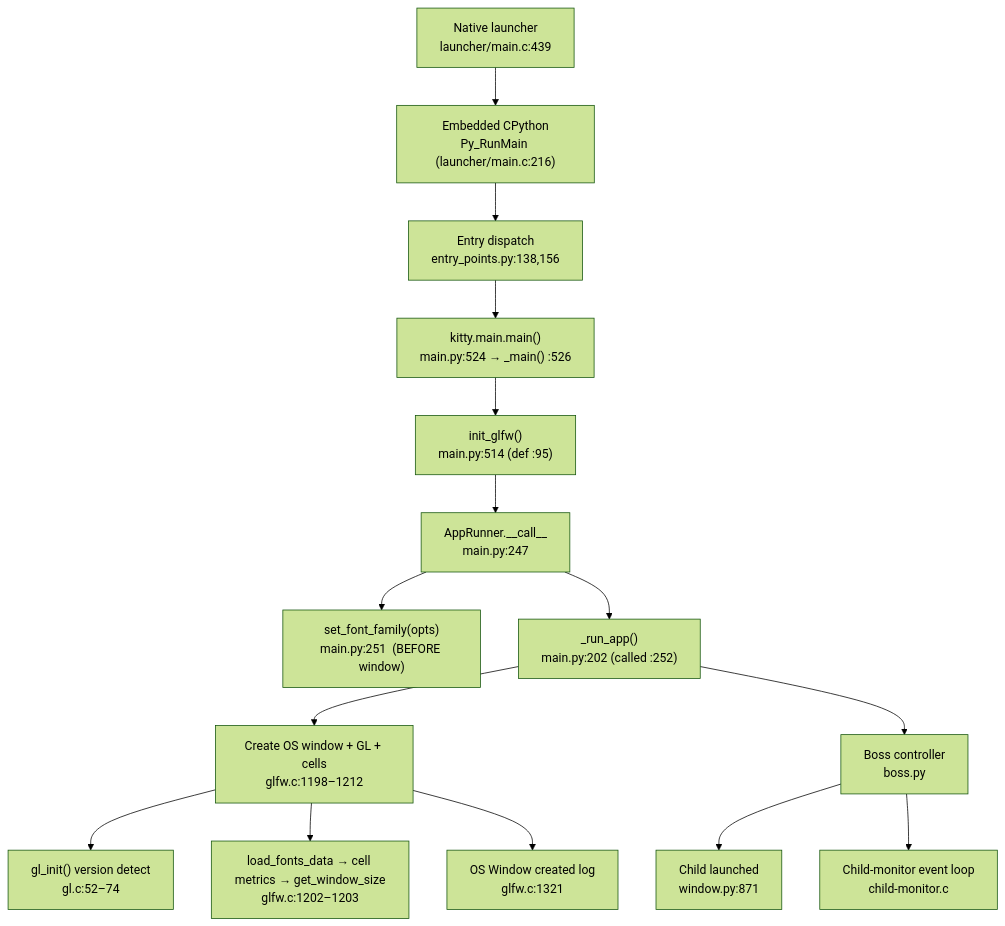
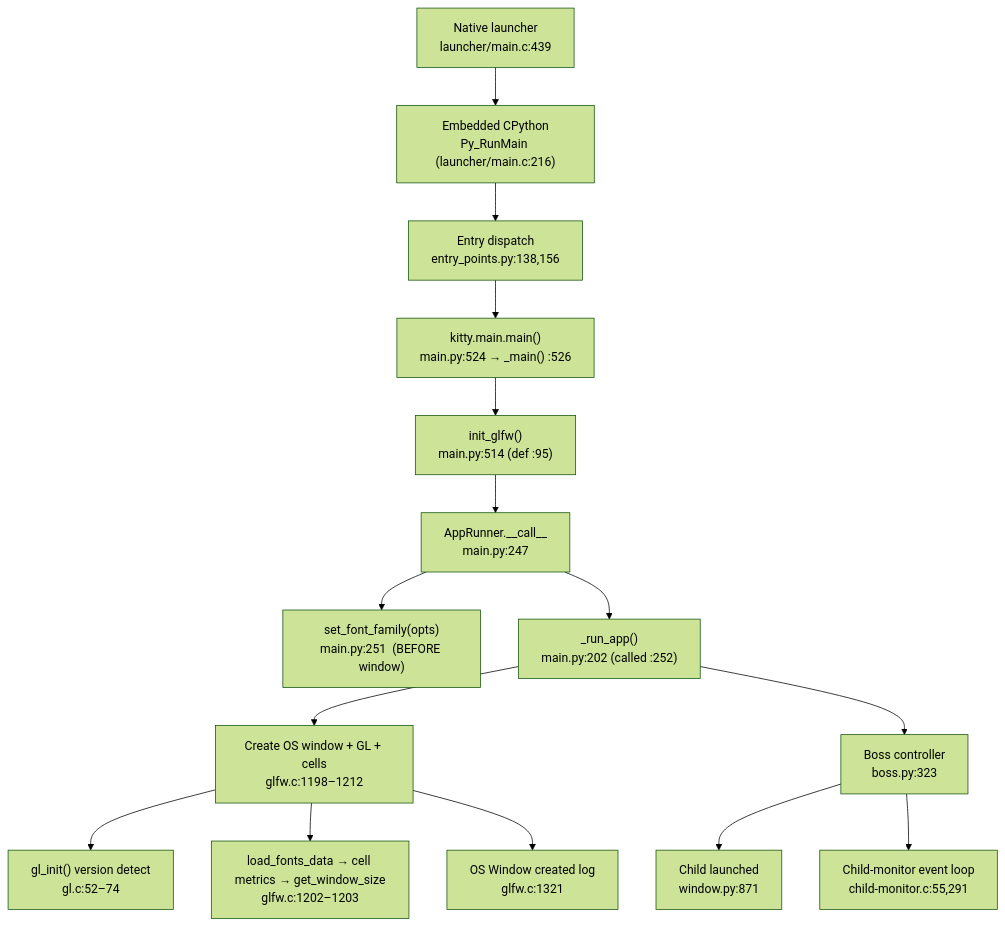
One commit to blitzy-research/kitty changed the diagram in blitzy/documentation/kitty_815df1e210e0.md. Above: the diagram before and after it, drawn with Mermaid (forest theme). The commit also changed other lines of this file, not shown here.

````diff
--- a/blitzy/documentation/kitty_815df1e210e0.md
+++ b/blitzy/documentation/kitty_815df1e210e0.md
@@ -115,17 +131,17 @@
 ```mermaid
 flowchart TD
     L["Native launcher<br/>launcher/main.c:439"] --> PY["Embedded CPython<br/>Py_RunMain (launcher/main.c:216)"]
     PY --> EP["Entry dispatch<br/>entry_points.py:138,156"]
     EP --> M["kitty.main.main()<br/>main.py:524 → _main() :526"]
     M --> GLFW["init_glfw()<br/>main.py:514 (def :95)"]
     GLFW --> AR["AppRunner.__call__<br/>main.py:247"]
     AR --> F["set_font_family(opts)<br/>main.py:251  (BEFORE window)"]
     AR --> RA["_run_app()<br/>main.py:202 (called :252)"]
     RA --> W["Create OS window + GL + cells<br/>glfw.c:1198–1212"]
     W --> GLI["gl_init() version detect<br/>gl.c:52–74"]
     W --> CELL["load_fonts_data → cell metrics → get_window_size<br/>glfw.c:1202–1203"]
     W --> OSW["OS Window created log<br/>glfw.c:1321"]
-    RA --> B["Boss controller<br/>boss.py"]
+    RA --> B["Boss controller<br/>boss.py:323"]
     B --> CH["Child launched<br/>window.py:871"]
-    B --> CM["Child-monitor event loop<br/>child-monitor.c"]
+    B --> CM["Child-monitor event loop<br/>child-monitor.c:55,291"]
 ```
````
